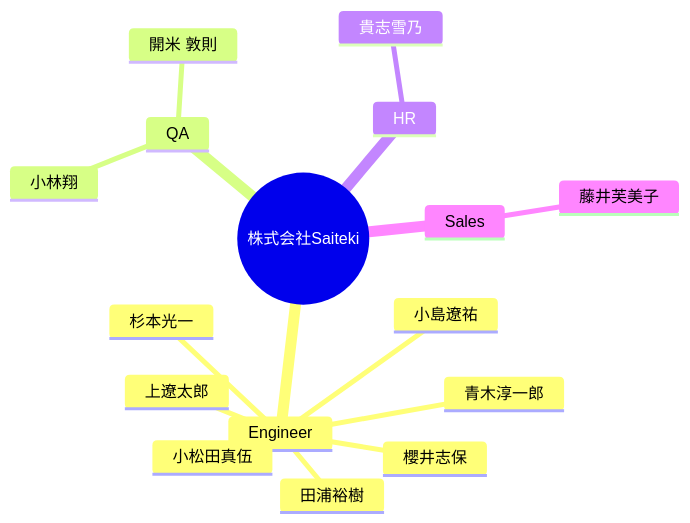
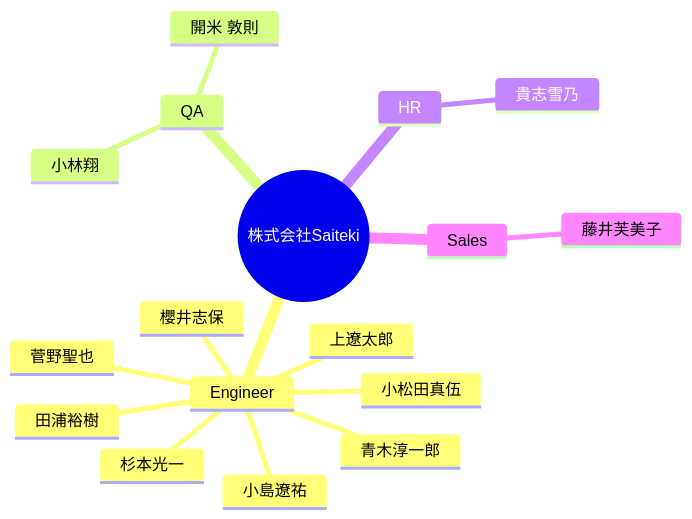
One commit to Saitekiinc-com/saiteki-employee-management changed the diagram in docs/TEAM.md. Above: the diagram before and after it, drawn with Mermaid. The commit also changed other lines of this file and 2 other files, not shown here.

Commit message:
Update employee data from Issue #15

````diff
--- a/docs/TEAM.md
+++ b/docs/TEAM.md
@@ -5,19 +5,20 @@
 ```mermaid
 mindmap
   root((株式会社Saiteki))
     Engineer
       杉本光一
       青木淳一郎
       櫻井志保
       田浦裕樹
       上遼太郎
       小松田真伍
       小島遼祐
+      菅野聖也
     QA
       小林翔
       開米 敦則
     HR
       貴志雪乃
     Sales
       藤井芙美子
 ```
````
